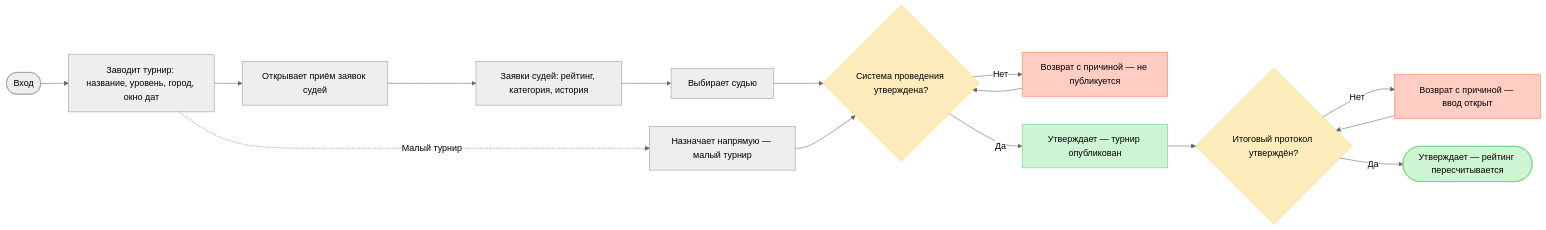
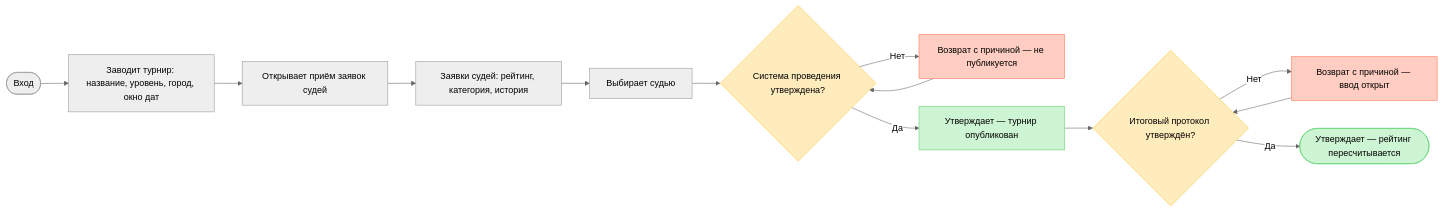
The fourth of 12 diagrams in USERFLOW.md (AssylanAkhanuly/tt_tournament), drawn with Mermaid (neutral theme) before and after one commit. The commit also changed other lines of this file and 6 other files, not shown here.

````diff
--- a/USERFLOW.md
+++ b/USERFLOW.md
@@ -293,37 +290,34 @@
 ```mermaid
 flowchart LR
     login(["Вход"])
     create["Заводит турнир: название, уровень, город, окно дат"]
     openRef["Открывает приём заявок судей"]
     inbox["Заявки судей: рейтинг, категория, история"]
     pick["Выбирает судью"]
-    direct["Назначает напрямую — малый турнир"]
     gateOrg{"Система проведения утверждена?"}
     rework["Возврат с причиной — не публикуется"]
     publish["Утверждает — турнир опубликован"]
     gateRes{"Итоговый протокол утверждён?"}
     fix["Возврат с причиной — ввод открыт"]
     accept(["Утверждает — рейтинг пересчитывается"])
 
     login --> create
     create --> openRef
     openRef --> inbox
     inbox --> pick
-    create -.->|"Малый турнир"| direct
     pick --> gateOrg
-    direct --> gateOrg
     gateOrg -->|"Нет"| rework
     rework --> gateOrg
     gateOrg -->|"Да"| publish
     publish --> gateRes
     gateRes -->|"Нет"| fix
     fix --> gateRes
     gateRes -->|"Да"| accept
 
     style gateOrg fill:#FFECBD,stroke:#FFC943
     style gateRes fill:#FFECBD,stroke:#FFC943
     style rework fill:#FFCDC2,stroke:#FF7556
     style fix fill:#FFCDC2,stroke:#FF7556
     style publish fill:#CDF4D3,stroke:#66D575
     style accept fill:#CDF4D3,stroke:#66D575
 ```
````
